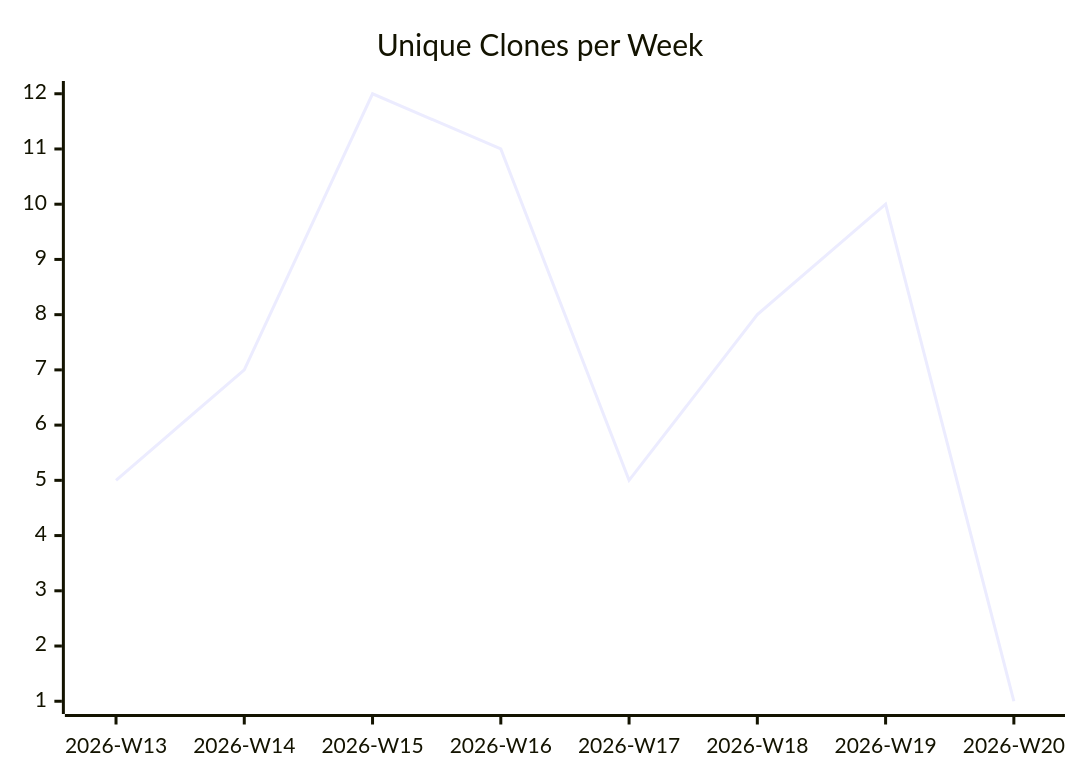
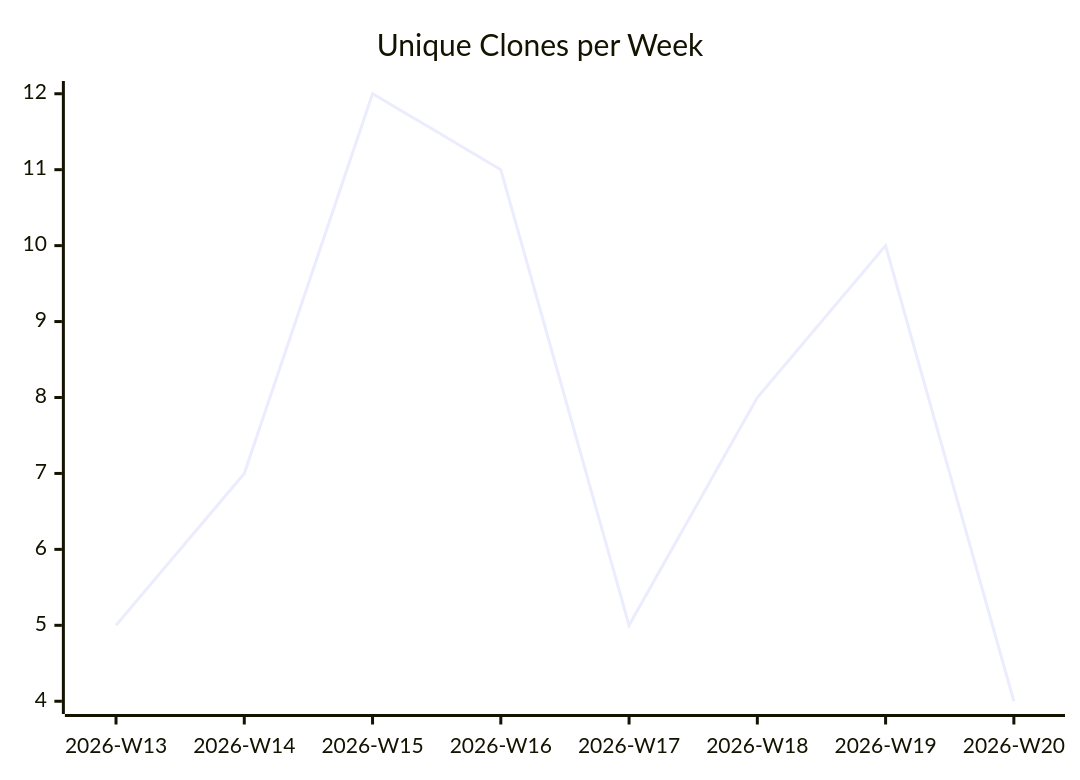
One commit to justdavis-family/github-analytics-data changed the third of 3 diagrams in karlmdavis/fhir-benchmarks/README.md. Above: the diagram before and after it, drawn with Mermaid. The commit also changed other lines of this file and 192 other files, not shown here.

````diff
--- a/karlmdavis/fhir-benchmarks/README.md
+++ b/karlmdavis/fhir-benchmarks/README.md
@@ -19,6 +19,6 @@
 ```mermaid
 xychart-beta
   title "Unique Clones per Week"
   x-axis ["2026-W13", "2026-W14", "2026-W15", "2026-W16", "2026-W17", "2026-W18", "2026-W19", "2026-W20"]
-  line [5, 7, 12, 11, 5, 8, 10, 1]
+  line [5, 7, 12, 11, 5, 8, 10, 4]
 ```
````
